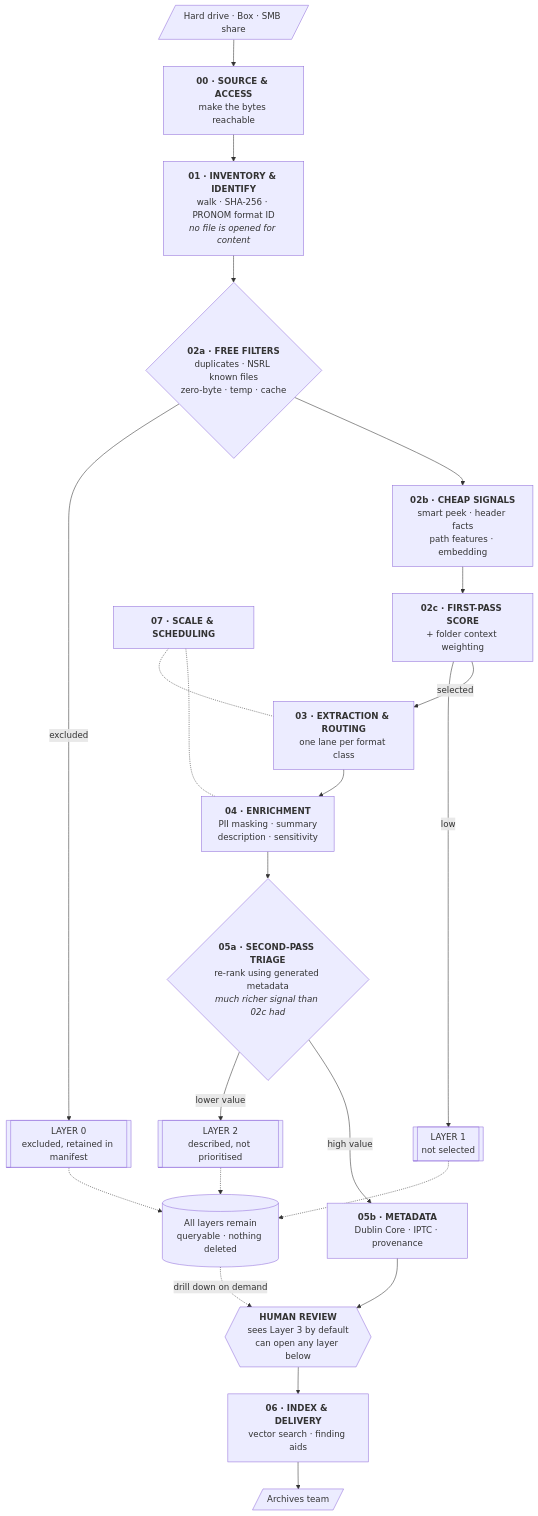
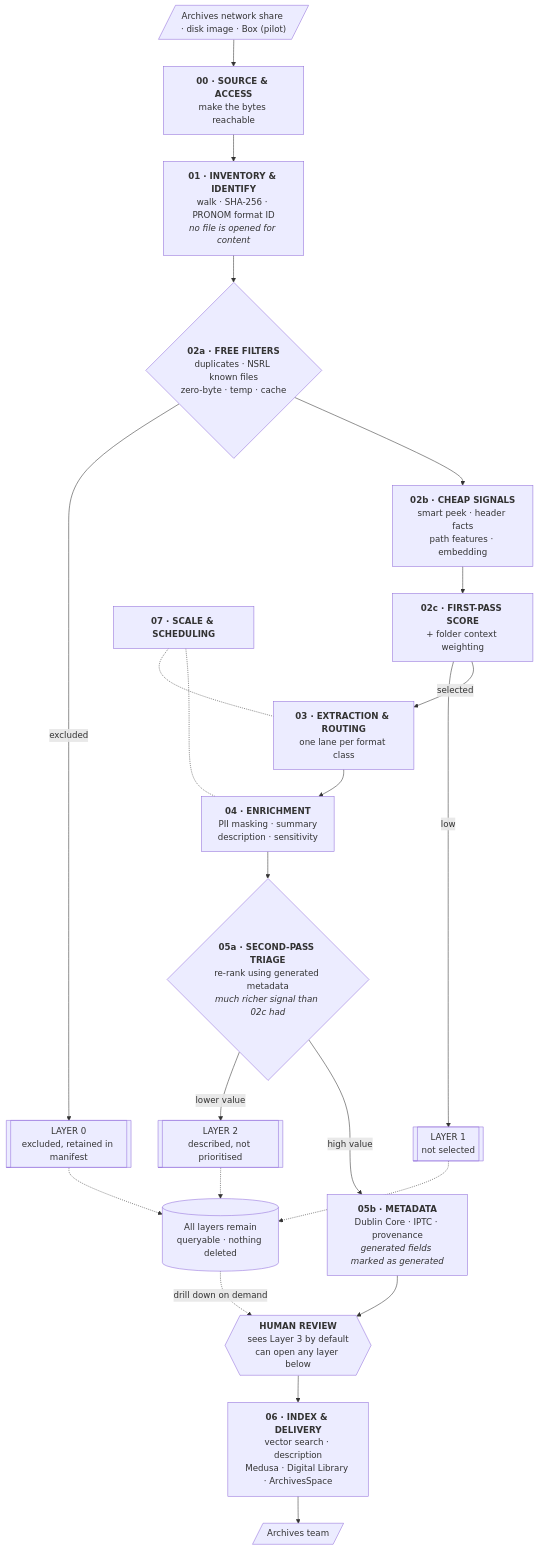
One commit to terbe2022/RIMS-Archival-Project- changed the diagram in docs/pipeline-design.md. Above: the diagram before and after it, drawn with Mermaid. The commit also changed other lines of this file and 13 other files, not shown here.

````diff
--- a/docs/pipeline-design.md
+++ b/docs/pipeline-design.md
@@ -101,35 +174,35 @@
 ```mermaid
 flowchart TD
-    SRC[/"Hard drive · Box · SMB share"/] --> S00
+    SRC[/"Archives network share · disk image · Box (pilot)"/] --> S00
 
     S00["<b>00 · SOURCE &amp; ACCESS</b><br/>make the bytes reachable"]
     S00 --> S01["<b>01 · INVENTORY &amp; IDENTIFY</b><br/>walk · SHA-256 · PRONOM format ID<br/><i>no file is opened for content</i>"]
 
     S01 --> T0{"<b>02a · FREE FILTERS</b><br/>duplicates · NSRL known files<br/>zero-byte · temp · cache"}
     T0 -->|excluded| L0[["LAYER 0<br/>excluded, retained in manifest"]]
     T0 --> T1["<b>02b · CHEAP SIGNALS</b><br/>smart peek · header facts<br/>path features · embedding"]
 
     T1 --> T2["<b>02c · FIRST-PASS SCORE</b><br/>+ folder context weighting"]
     T2 -->|low| L1[["LAYER 1<br/>not selected"]]
     T2 -->|selected| S03
 
     S03["<b>03 · EXTRACTION &amp; ROUTING</b><br/>one lane per format class"]
     S03 --> S04["<b>04 · ENRICHMENT</b><br/>PII masking · summary<br/>description · sensitivity"]
 
     S04 --> T3{"<b>05a · SECOND-PASS TRIAGE</b><br/>re-rank using generated metadata<br/><i>much richer signal than 02c had</i>"}
     T3 -->|lower value| L2[["LAYER 2<br/>described, not prioritised"]]
     T3 -->|high value| S05
 
-    S05["<b>05b · METADATA</b><br/>Dublin Core · IPTC · provenance"]
+    S05["<b>05b · METADATA</b><br/>Dublin Core · IPTC · provenance<br/><i>generated fields marked as generated</i>"]
     S05 --> REV{{"<b>HUMAN REVIEW</b><br/>sees Layer 3 by default<br/>can open any layer below"}}
-    REV --> S06["<b>06 · INDEX &amp; DELIVERY</b><br/>vector search · finding aids"]
+    REV --> S06["<b>06 · INDEX &amp; DELIVERY</b><br/>vector search · description<br/>Medusa · Digital Library · ArchivesSpace"]
     S06 --> OUT[/"Archives team"/]
 
     L0 -.-> DRILL[("All layers remain<br/>queryable · nothing deleted")]
     L1 -.-> DRILL
     L2 -.-> DRILL
     DRILL -.->|drill down on demand| REV
 
     S07["<b>07 · SCALE &amp; SCHEDULING</b>"] -.- S03
     S07 -.- S04
 ```
````
